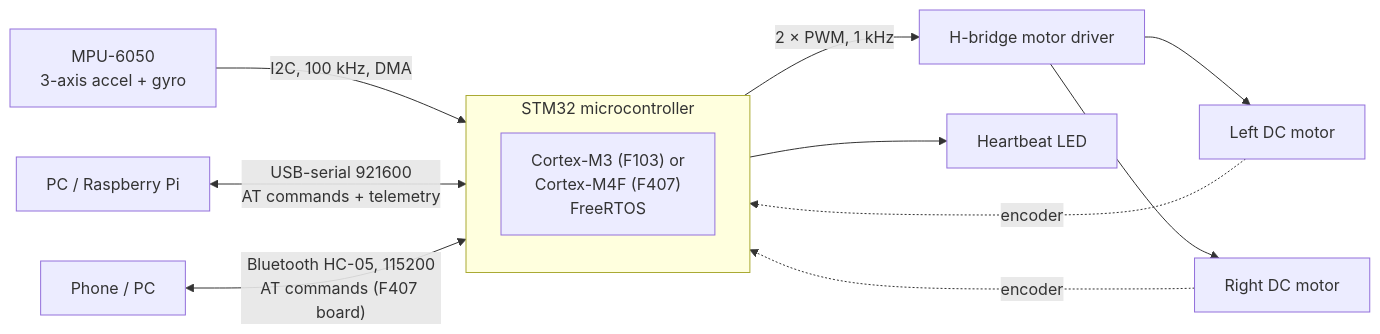
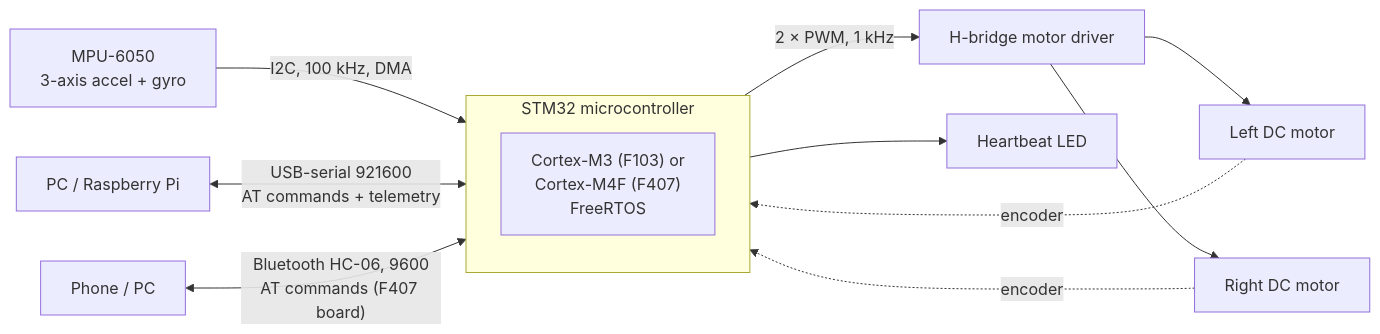
One commit to machadothi/balancing_robot changed the first of 3 diagrams in docs/01-system-overview.md. Above: the diagram before and after it, drawn with Mermaid. The commit also changed 6 other files, not shown here.

````diff
--- a/docs/01-system-overview.md
+++ b/docs/01-system-overview.md
@@ -18,15 +18,15 @@
 ```mermaid
 flowchart LR
     IMU["MPU-6050<br/>3-axis accel + gyro"] -->|"I2C, 100 kHz, DMA"| MCU
     subgraph MCU["STM32 microcontroller"]
         CPU["Cortex-M3 (F103) or<br/>Cortex-M4F (F407)<br/>FreeRTOS"]
     end
     MCU -->|"2 × PWM, 1 kHz"| DRV["H-bridge motor driver"]
     DRV --> ML["Left DC motor"]
     DRV --> MR["Right DC motor"]
     ML -.->|"encoder"| MCU
     MR -.->|"encoder"| MCU
     HOST["PC / Raspberry Pi"] <-->|"USB-serial 921600<br/>AT commands + telemetry"| MCU
-    PHONE["Phone / PC"] <-->|"Bluetooth HC-05, 115200<br/>AT commands (F407 board)"| MCU
+    PHONE["Phone / PC"] <-->|"Bluetooth HC-06, 9600<br/>AT commands (F407 board)"| MCU
     MCU --> LED["Heartbeat LED"]
 ```
````
